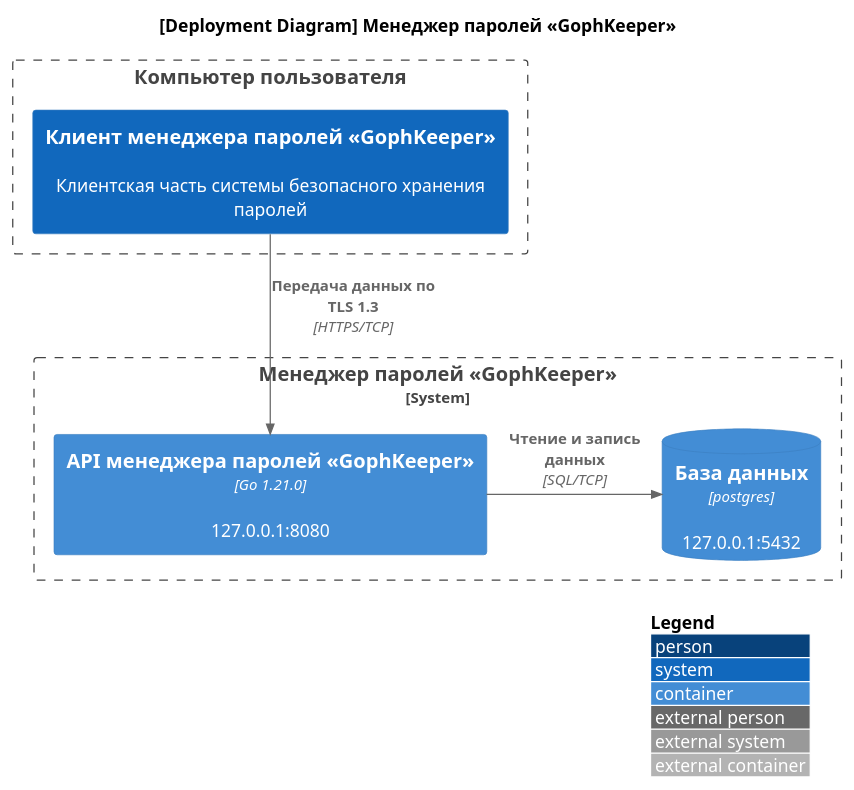
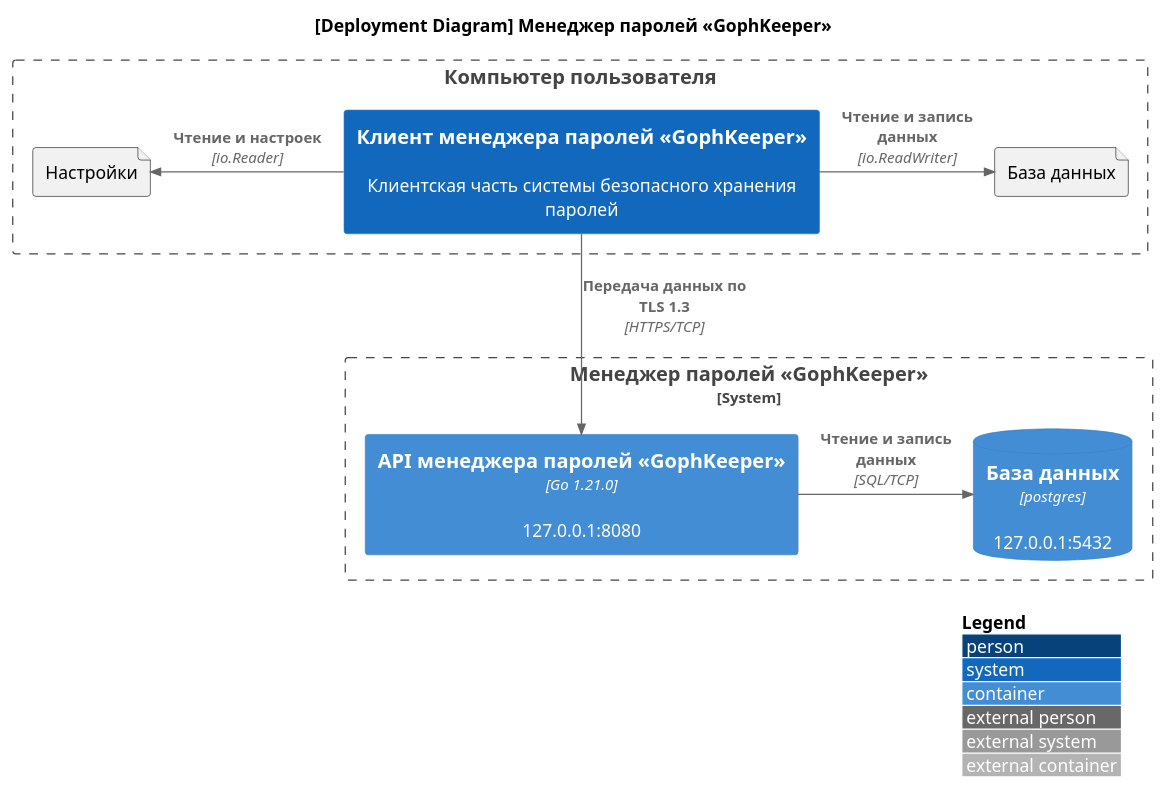
One commit to Nickolasll/GophKeeper changed the diagram in docs/arc42/7. Deployment view/7.1 Deployment view.puml. Above: the diagram before and after it, drawn with PlantUML. The commit also changed 61 other files, not shown here.

```diff
--- a/docs/arc42/7. Deployment view/7.1 Deployment view.puml
+++ b/docs/arc42/7. Deployment view/7.1 Deployment view.puml
@@ -1,22 +1,27 @@
 @startuml
 !include https://raw.githubusercontent.com/plantuml-stdlib/C4-PlantUML/master/C4_Container.puml
 
 skinparam wrapWidth 400
 LAYOUT_WITH_LEGEND()
 
 title
     <b>[Deployment Diagram] Менеджер паролей «GophKeeper»</b>
 end title
 
 Boundary(pc, "Компьютер пользователя") {
     System(client, "Клиент менеджера паролей «GophKeeper»", "Клиентская часть системы безопасного хранения паролей")
+    file "Настройки" as settings
+    file "База данных" as cli_db
+
+    Rel_Right(client, cli_db, "Чтение и запись данных", "io.ReadWriter")
+    Rel_Left(client, settings, "Чтение и настроек", "io.Reader")
 }
 
 System_Boundary(server, "Менеджер паролей «GophKeeper»", "Серверная часть системы безопасного хранения паролей") {
     Container(server_api, "API менеджера паролей «GophKeeper»", "Go 1.21.0", "127.0.0.1:8080")
     ContainerDb(server_db, "База данных", "postgres", "127.0.0.1:5432")
 
     Rel_Right(server_api, server_db, "Чтение и запись данных", "SQL/TCP")
 }
 Rel_Down(client, server_api, "Передача данных по TLS 1.3", "HTTPS/TCP")
 @enduml
```
